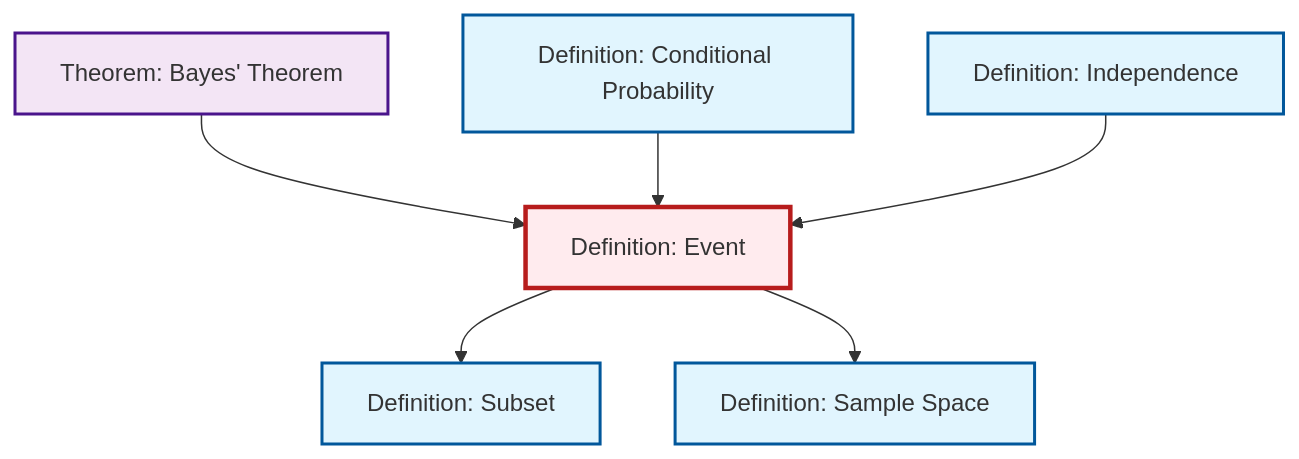
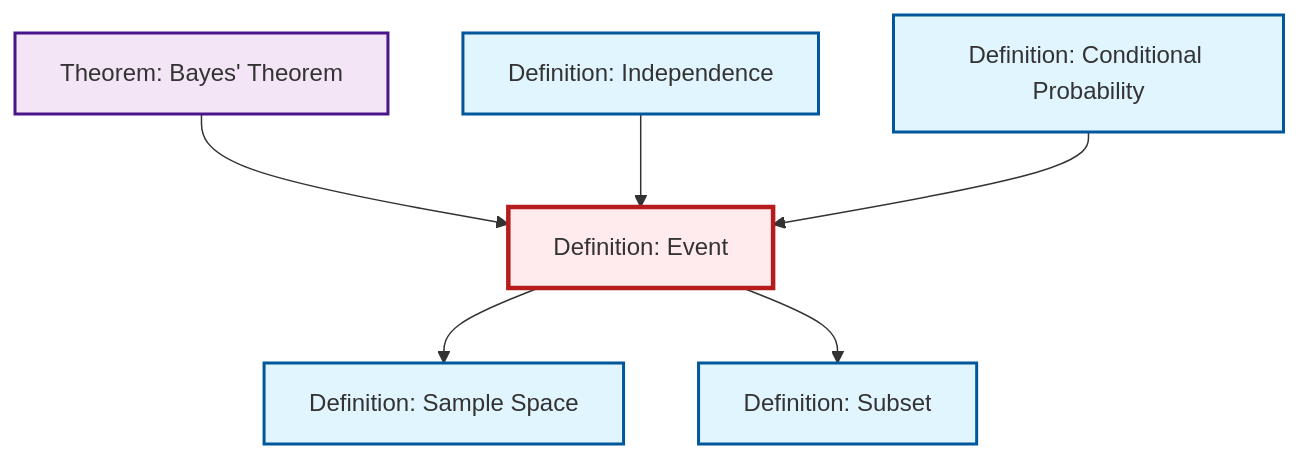
Before and after one commit to RK0429/ModernMath: the diagram in content/ja/probability-statistics/def-event.qmd, drawn with Mermaid. The commit also changed other lines of this file and 360 other files, not shown here.

````diff
--- a/content/ja/probability-statistics/def-event.qmd
+++ b/content/ja/probability-statistics/def-event.qmd
@@ -70,26 +70,26 @@
 ```{mermaid}
 %%| fig-cap: "Local dependency graph"
 graph TD
     classDef definition fill:#e1f5fe,stroke:#01579b,stroke-width:2px
     classDef theorem fill:#f3e5f5,stroke:#4a148c,stroke-width:2px
     classDef axiom fill:#fff3e0,stroke:#e65100,stroke-width:2px
     classDef example fill:#e8f5e9,stroke:#1b5e20,stroke-width:2px
     classDef current fill:#ffebee,stroke:#b71c1c,stroke-width:3px
+    thm-bayes["Theorem: Bayes' Theorem"]:::theorem
     def-conditional-probability["Definition: Conditional Probability"]:::definition
+    def-sample-space["Definition: Sample Space"]:::definition
+    def-event["Definition: Event"]:::definition
     def-independence["Definition: Independence"]:::definition
     def-subset["Definition: Subset"]:::definition
-    def-sample-space["Definition: Sample Space"]:::definition
-    thm-bayes["Theorem: Bayes' Theorem"]:::theorem
-    def-event["Definition: Event"]:::definition
+    thm-bayes --> def-event
+    def-independence --> def-event
+    def-conditional-probability --> def-event
+    def-event --> def-sample-space
     def-event --> def-subset
-    thm-bayes --> def-event
-    def-event --> def-sample-space
-    def-conditional-probability --> def-event
-    def-independence --> def-event
     class def-event current
+    click thm-bayes "thm-bayes.html" "Theorem: Bayes' Theoremへ"
     click def-conditional-probability "def-conditional-probability.html" "Definition: Conditional Probabilityへ"
+    click def-sample-space "def-sample-space.html" "Definition: Sample Spaceへ"
     click def-independence "def-independence.html" "Definition: Independenceへ"
     click def-subset "def-subset.html" "Definition: Subsetへ"
-    click def-sample-space "def-sample-space.html" "Definition: Sample Spaceへ"
-    click thm-bayes "thm-bayes.html" "Theorem: Bayes' Theoremへ"
 ```
````
